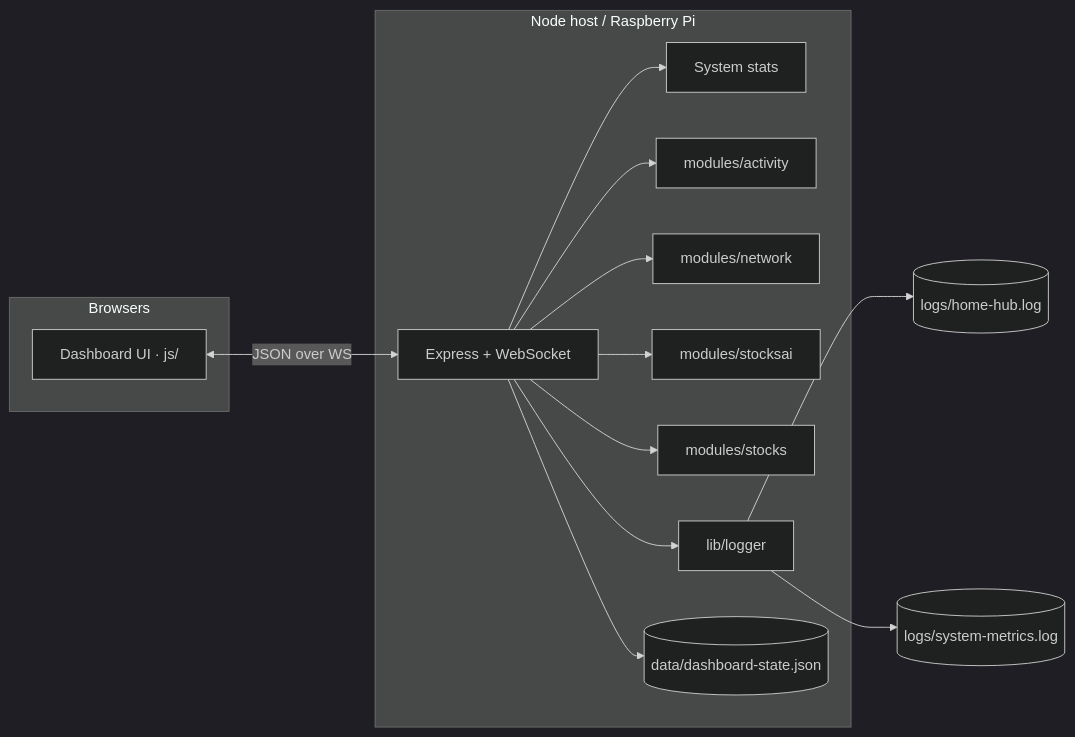
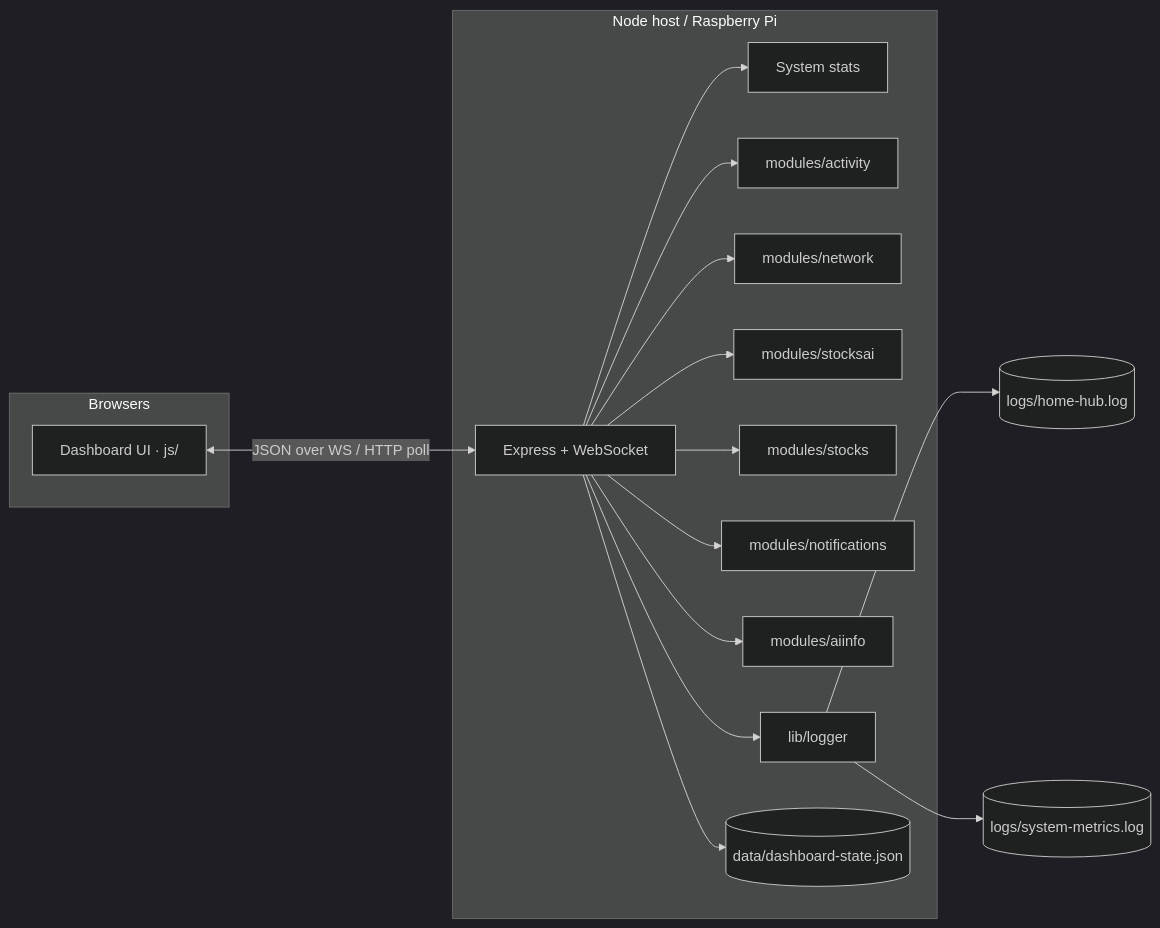
One commit to yigitcnsn/home-hub changed the diagram in README.md. Above: the diagram before and after it, drawn with Mermaid (dark theme).

Commit message:
docs(readme): include notifications and aiinfo in architecture diagram

````diff
--- a/README.md
+++ b/README.md
@@ -173,28 +173,32 @@
 ```mermaid
 flowchart LR
   subgraph clients [Browsers]
     A[Dashboard UI · js/]
   end
 
   subgraph host [Node host / Raspberry Pi]
     B[Express + WebSocket]
     C[System stats]
     D[modules/activity]
     E[modules/network]
     F[modules/stocksai]
     F2[modules/stocks]
+    F3[modules/notifications]
+    F4[modules/aiinfo]
     G[lib/logger]
     H[(data/dashboard-state.json)]
   end
 
-  A <-->|JSON over WS| B
+  A <-->|JSON over WS / HTTP poll| B
   B --> C
   B --> D
   B --> E
   B --> F
   B --> F2
+  B --> F3
+  B --> F4
   B --> G
   B --> H
   G --> I[(logs/home-hub.log)]
   G --> J[(logs/system-metrics.log)]
 ```
````
